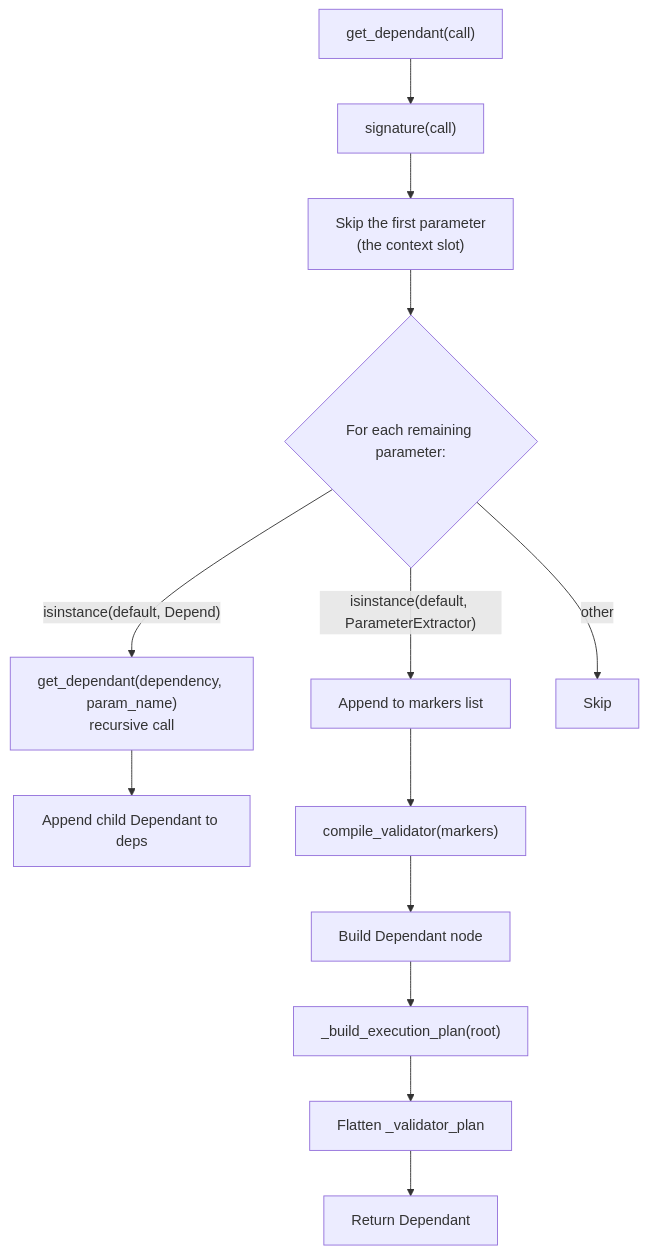
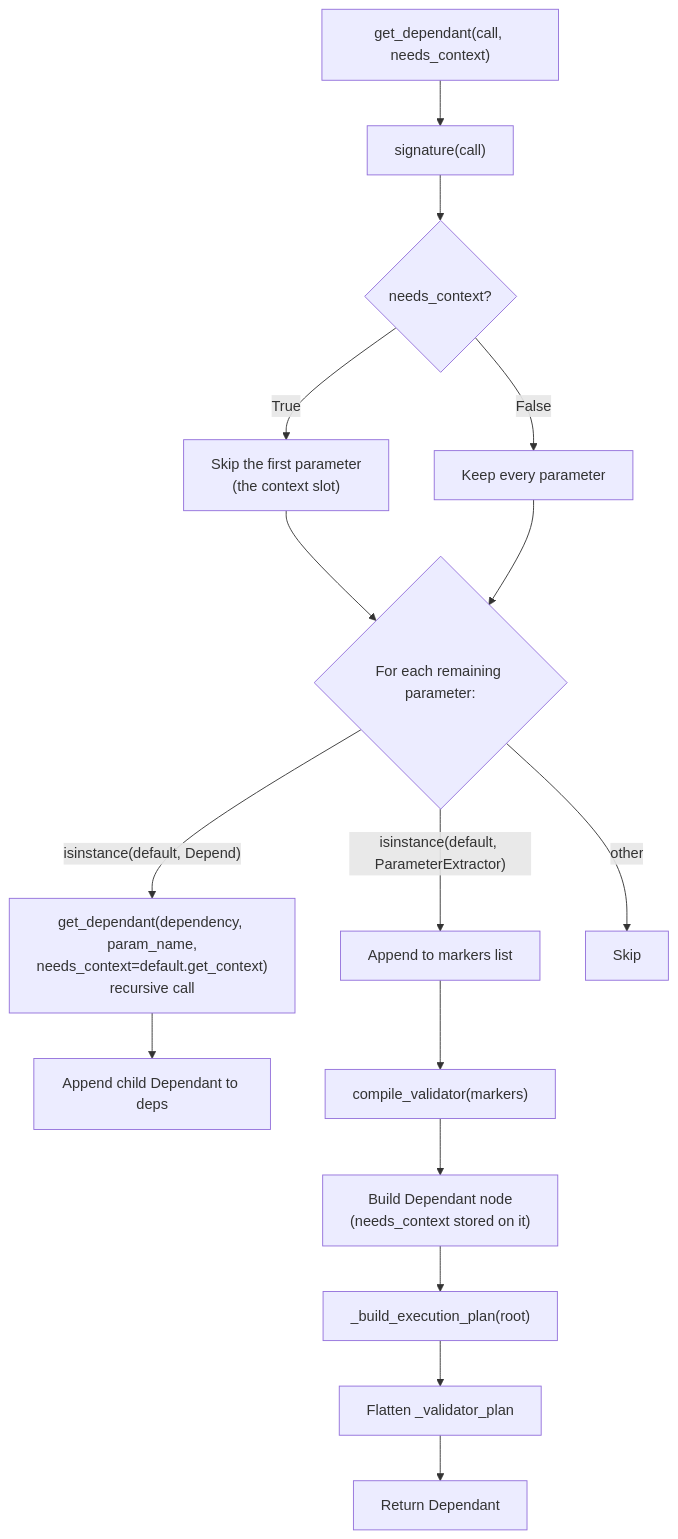
The second of 8 diagrams in docs/docs/src/content/docs/v1.0/advanced/dependency-injection.md (sillohq/core), drawn with Mermaid before and after one commit. The commit also changed other lines of this file and 3 other files, not shown here.

First line of the commit message:
feat: add get_context flag to Depend for context-free dependencies

````diff
--- a/docs/docs/src/content/docs/v1.0/advanced/dependency-injection.md
+++ b/docs/docs/src/content/docs/v1.0/advanced/dependency-injection.md
@@ -196,15 +219,18 @@
 ```mermaid
 flowchart TD
-    A["get_dependant(call)"] --> B["signature(call)"]
-    B --> S["Skip the first parameter<br/>(the context slot)"]
-    S --> C{"For each remaining parameter:"}
-    C -->|"isinstance(default, Depend)"| F["get_dependant(dependency, param_name)<br/>recursive call"]
+    A["get_dependant(call, needs_context)"] --> B["signature(call)"]
+    B --> S{"needs_context?"}
+    S -->|"True"| S1["Skip the first parameter<br/>(the context slot)"]
+    S -->|"False"| S2["Keep every parameter"]
+    S1 --> C{"For each remaining parameter:"}
+    S2 --> C
+    C -->|"isinstance(default, Depend)"| F["get_dependant(dependency, param_name,<br/>needs_context=default.get_context)<br/>recursive call"]
     C -->|"isinstance(default, ParameterExtractor)"| G["Append to markers list"]
     C -->|"other"| H["Skip"]
     F --> I["Append child Dependant to deps"]
     G --> J["compile_validator(markers)"]
-    J --> K["Build Dependant node"]
+    J --> K["Build Dependant node<br/>(needs_context stored on it)"]
     K --> L["_build_execution_plan(root)"]
     L --> M["Flatten _validator_plan"]
     M --> N["Return Dependant"]
 ```
````
